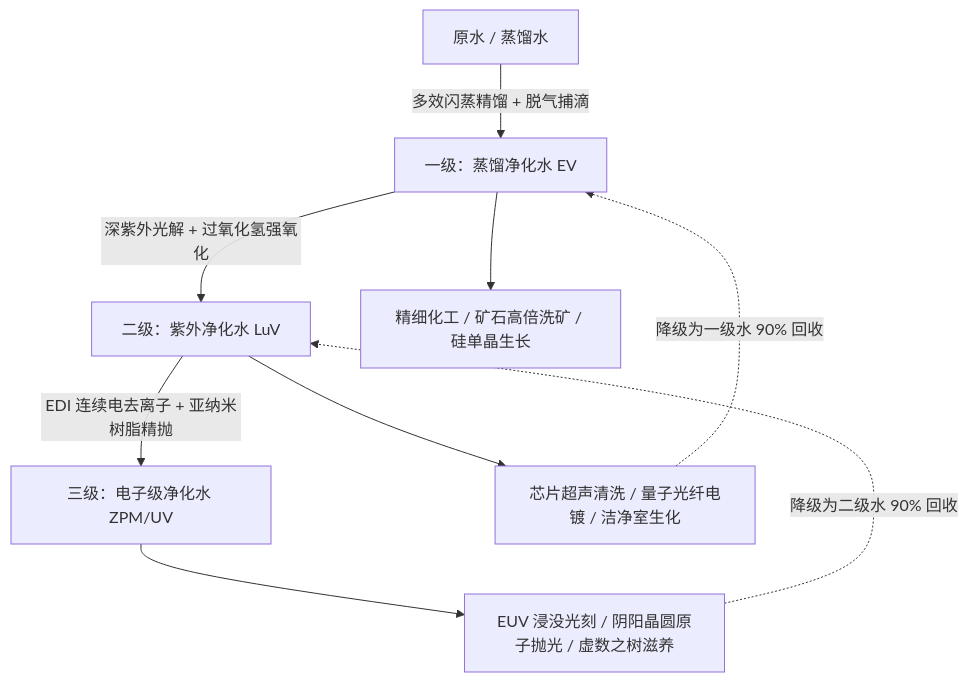
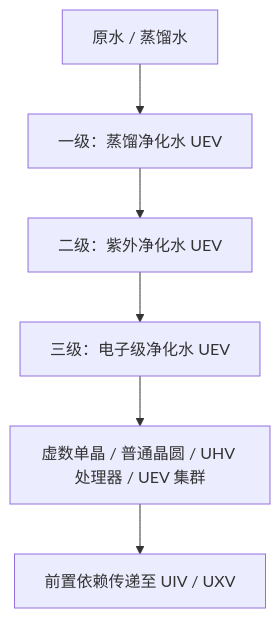
The diagram in docs/zh/gtecore/water-purification-system.md (takanashisatou/GregtechEasy-Docs), drawn with Mermaid before and after one commit. The commit also changed other lines of this file and 3 other files, not shown here.

````diff
--- a/docs/zh/gtecore/water-purification-system.md
+++ b/docs/zh/gtecore/water-purification-system.md
@@ -17,13 +17,8 @@
 ```mermaid
 graph TD
-    A[原水 / 蒸馏水] -->|多效闪蒸精馏 + 脱气捕滴| B[一级：蒸馏净化水 EV]
-    B -->|深紫外光解 + 过氧化氢强氧化| C[二级：紫外净化水 LuV]
-    C -->|EDI 连续电去离子 + 亚纳米树脂精抛| D[三级：电子级净化水 ZPM/UV]
-
-    B --> E[精细化工 / 矿石高倍洗矿 / 硅单晶生长]
-    C --> F[芯片超声清洗 / 量子光纤电镀 / 洁净室生化]
-    D --> G[EUV 浸没光刻 / 阴阳晶圆原子抛光 / 虚数之树滋养]
-
-    F -.->|降级为一级水 90% 回收| B
-    G -.->|降级为二级水 90% 回收| C
+    A[原水 / 蒸馏水] --> B[一级：蒸馏净化水 UEV]
+    B --> C[二级：紫外净化水 UEV]
+    C --> D[三级：电子级净化水 UEV]
+    D --> E[虚数单晶 / 普通晶圆 / UHV 处理器 / UEV 集群]
+    E --> F[前置依赖传递至 UIV / UXV]
 ```
````
